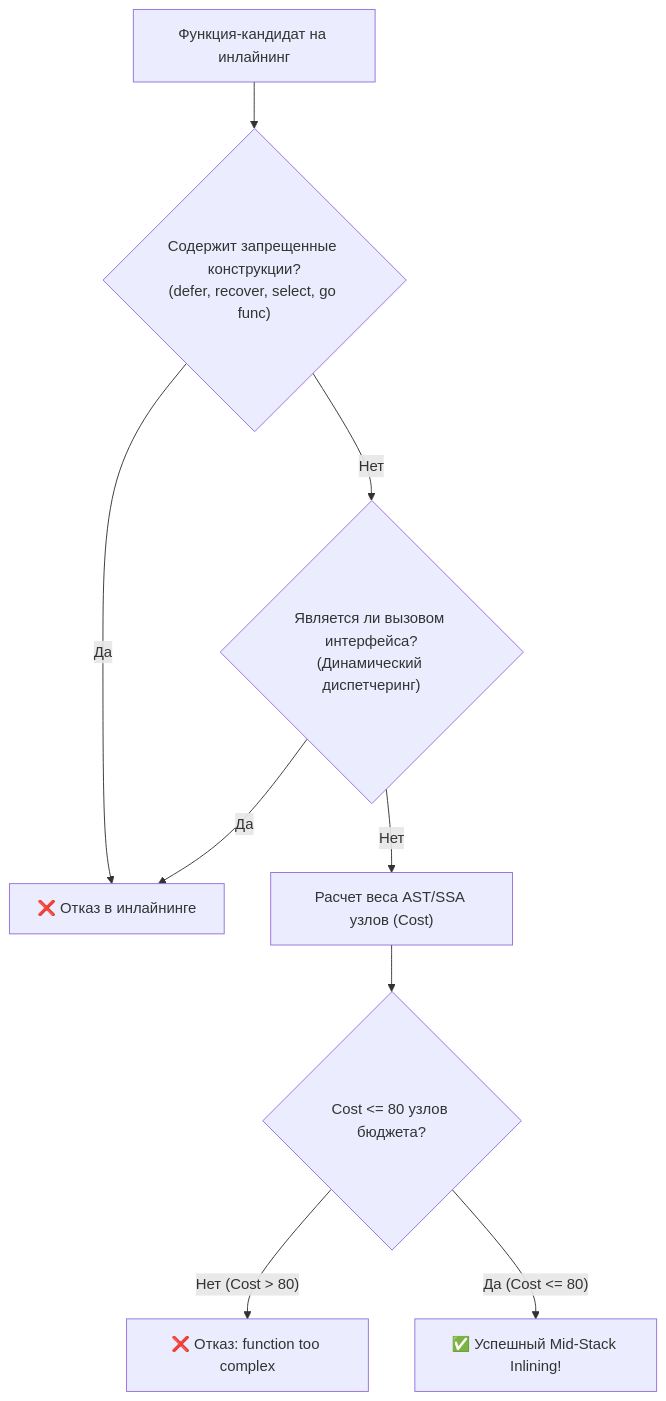
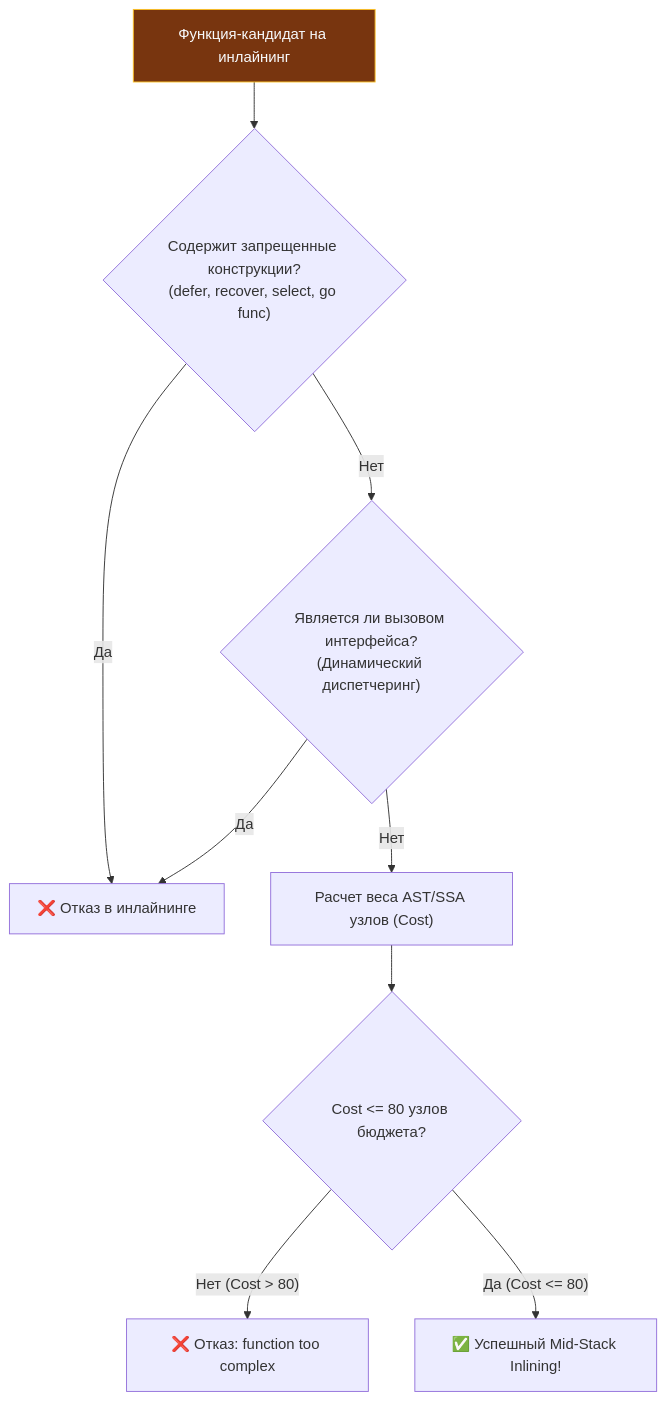
One commit to UnrealTemplier/go-textbook changed the second of 4 diagrams in sources/16. Профилирование, отладка и производительность/03. CPU profiling/5. Inline и влияние на performance.md. Above: the diagram before and after it, drawn with Mermaid. The commit also changed other lines of this file and 1666 other files, not shown here.

First line of the commit message:
feat(mermaid): add semantic color classDef to 1369 colorless flowchart/graph diagrams

````diff
--- a/sources/16. Профилирование, отладка и производительность/03. CPU profiling/5. Inline и влияние на performance.md
+++ b/sources/16. Профилирование, отладка и производительность/03. CPU profiling/5. Inline и влияние на performance.md
@@ -89,11 +89,21 @@
 ```mermaid
 flowchart TD
-    Func["Функция-кандидат на инлайнинг"] --> Check1{"Содержит запрещенные конструкции?<br>(defer, recover, select, go func)"}
+    classDef process  fill:#1e293b,stroke:#38bdf8,stroke-width:1px,color:#f8fafc
+    classDef success  fill:#064e3b,stroke:#34d399,stroke-width:1px,color:#f8fafc
+    classDef error    fill:#7f1d1d,stroke:#f87171,stroke-width:1px,color:#f8fafc
+    classDef warning  fill:#78350f,stroke:#fbbf24,stroke-width:1px,color:#f8fafc
+    classDef entry    fill:#1e3a5f,stroke:#38bdf8,stroke-width:2px,color:#f8fafc
+    classDef aux      fill:#334155,stroke:#64748b,stroke-width:1px,color:#f8fafc
+    classDef system   fill:#312e81,stroke:#a78bfa,stroke-width:1px,color:#f8fafc
+    classDef data     fill:#132d29,stroke:#2dd4bf,stroke-width:1px,color:#f8fafc
+    classDef network  fill:#881337,stroke:#fb7185,stroke-width:1px,color:#f8fafc
+    classDef accent   fill:#1e1b4b,stroke:#818cf8,stroke-width:1px,color:#f8fafc
+    Func["Функция-кандидат на инлайнинг"]:::warning --> Check1{"Содержит запрещенные конструкции?<br>(defer, recover, select, go func)"}
     Check1 -- "Да" --> Reject["❌ Отказ в инлайнинге"]
     Check1 -- "Нет" --> Check2{"Является ли вызовом интерфейса?<br>(Динамический диспетчеринг)"}
     Check2 -- "Да" --> Reject
     Check2 -- "Нет" --> CalcBudget["Расчет веса AST/SSA узлов (Cost)"]
     CalcBudget --> Check3{"Cost <= 80 узлов бюджета?"}
     Check3 -- "Нет (Cost > 80)" --> RejectTooComplex["❌ Отказ: function too complex"]
     Check3 -- "Да (Cost <= 80)" --> InlineSuccess["✅ Успешный Mid-Stack Inlining!"]
 ```
````
